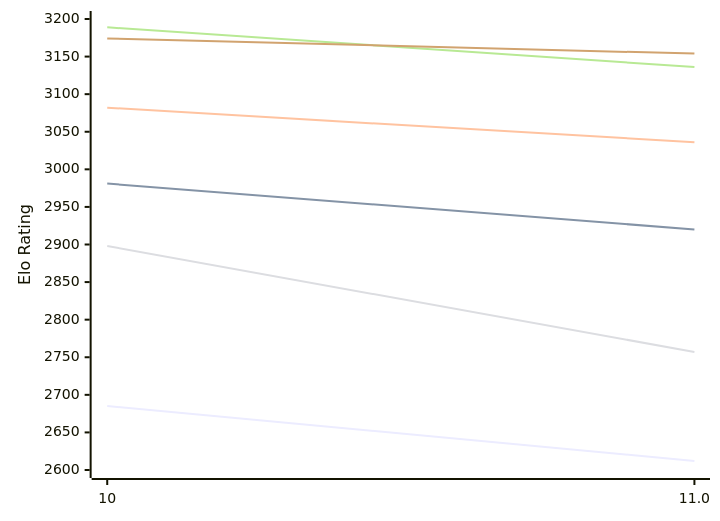
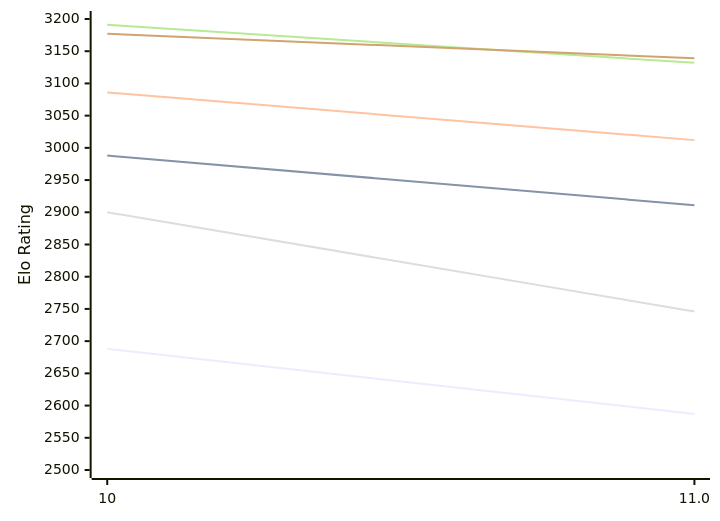
Before and after one commit to computer-chess-index/cci: the first of 2 diagrams in engines/Lozza.md, drawn with Mermaid. The commit also changed other lines of this file, not shown here.

Commit message:
Update CCI Ratings (ELO VLTC) - 2026-10-17

````diff
--- a/engines/Lozza.md
+++ b/engines/Lozza.md
@@ -51,12 +51,12 @@
 ```mermaid
 %%{init: {"theme":"base","themeVariables":{"seriesColors:['#a3a3a3','#222221','#faa371']}}}%%
 xychart-beta
   x-axis ["10", "11.0"]
-  y-axis "Elo Rating" 2600 --> 3200
-  line "E1: STC (8.0+0.08s)" [2685, 2612]
-  line "E1: LTC (60.0+0.60s)" [2981, 2920]
-  line "E1: VLTC (2m24s+1.12s)" [3082, 3036]
-  line "P1: STC (8.0+0.08s)" [2898, 2757]
-  line "P1: LTC (60.0+0.60s)" [3189, 3136]
-  line "P1: VLTC (2m24s+1.12s)" [3174, 3154]
+  y-axis "Elo Rating" 2500 --> 3200
+  line "E1: STC (8.0+0.08s)" [2688, 2587]
+  line "E1: LTC (60.0+0.60s)" [2988, 2911]
+  line "E1: VLTC (2m24s+1.12s)" [3086, 3012]
+  line "P1: STC (8.0+0.08s)" [2900, 2746]
+  line "P1: LTC (60.0+0.60s)" [3191, 3132]
+  line "P1: VLTC (2m24s+1.12s)" [3177, 3139]
 ```
````
